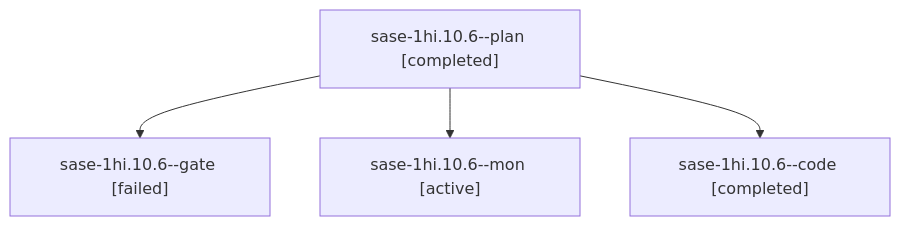
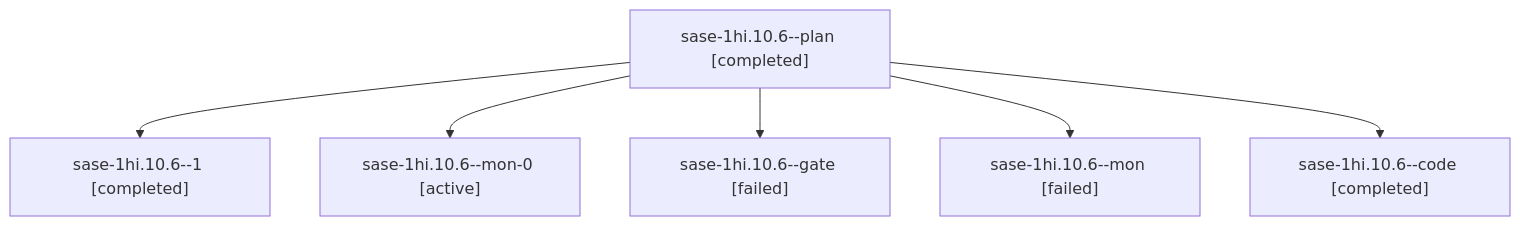
One commit to sase-org/sase--agents changed the diagram in sessions/bbugyi200.apollo.sase-1hi.10.6.md. Above: the diagram before and after it, drawn with Mermaid. The commit also changed other lines of this file and 127 other files, not shown here.

````diff
--- a/sessions/bbugyi200.apollo.sase-1hi.10.6.md
+++ b/sessions/bbugyi200.apollo.sase-1hi.10.6.md
@@ -9,10 +9,14 @@
 ```mermaid
 flowchart TD
   n0["sase-1hi.10.6--plan [completed]"]
-  n1["sase-1hi.10.6--gate [failed]"]
+  n1["sase-1hi.10.6--1 [completed]"]
   n0 --> n1
-  n2["sase-1hi.10.6--mon [active]"]
+  n2["sase-1hi.10.6--mon-0 [active]"]
   n0 --> n2
-  n3["sase-1hi.10.6--code [completed]"]
+  n3["sase-1hi.10.6--gate [failed]"]
   n0 --> n3
+  n4["sase-1hi.10.6--mon [failed]"]
+  n0 --> n4
+  n5["sase-1hi.10.6--code [completed]"]
+  n0 --> n5
 ```
````
